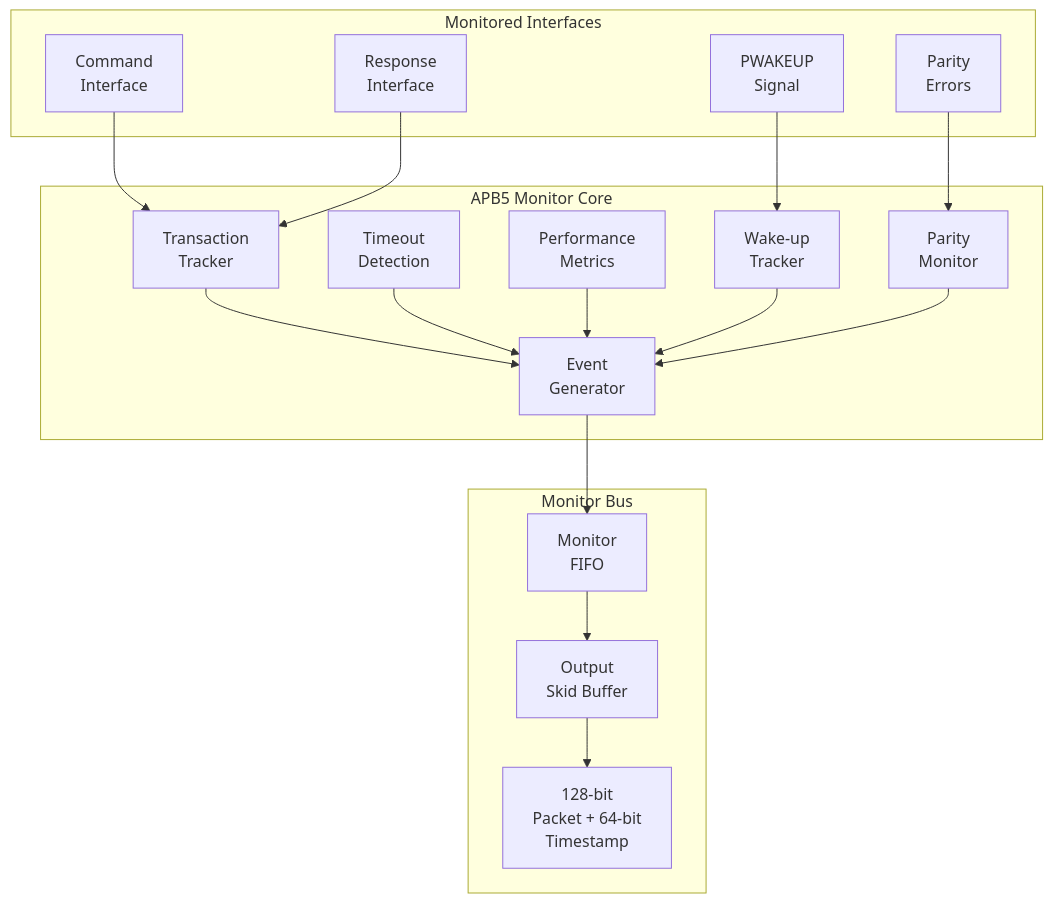
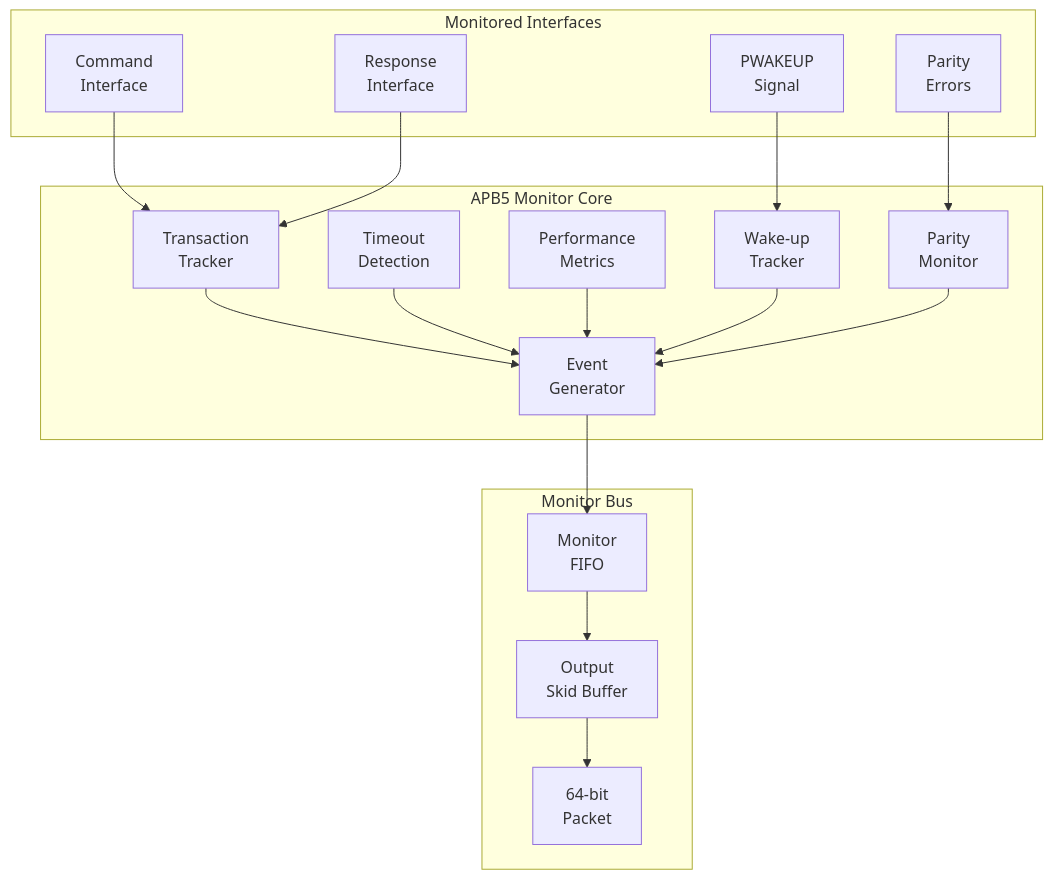
One commit to sean-galloway/RTLDesignSherpa changed the first of 3 diagrams in docs/markdown/RTLAmba/apb5/apb5_monitor.md. Above: the diagram before and after it, drawn with Mermaid. The commit also changed other lines of this file and 40 other files, not shown here.

````diff
--- a/docs/markdown/RTLAmba/apb5/apb5_monitor.md
+++ b/docs/markdown/RTLAmba/apb5/apb5_monitor.md
@@ -51,39 +51,39 @@
 ```mermaid
 flowchart TB
     subgraph INPUTS["Monitored Interfaces"]
         cmd["Command<br/>Interface"]
         rsp["Response<br/>Interface"]
         wake["PWAKEUP<br/>Signal"]
         parity["Parity<br/>Errors"]
     end
 
     subgraph MONITOR["APB5 Monitor Core"]
         trans_track["Transaction<br/>Tracker"]
         timeout["Timeout<br/>Detection"]
         perf["Performance<br/>Metrics"]
         wake_track["Wake-up<br/>Tracker"]
         parity_track["Parity<br/>Monitor"]
         event_gen["Event<br/>Generator"]
     end
 
     subgraph OUTPUT["Monitor Bus"]
         fifo["Monitor<br/>FIFO"]
         skid["Output<br/>Skid Buffer"]
-        monbus["128-bit<br/>Packet + 64-bit<br/>Timestamp"]
+        monbus["64-bit<br/>Packet"]
     end
 
     cmd --> trans_track
     rsp --> trans_track
     wake --> wake_track
     parity --> parity_track
 
     trans_track --> event_gen
     timeout --> event_gen
     perf --> event_gen
     wake_track --> event_gen
     parity_track --> event_gen
 
     event_gen --> fifo
     fifo --> skid
     skid --> monbus
 ```
````
